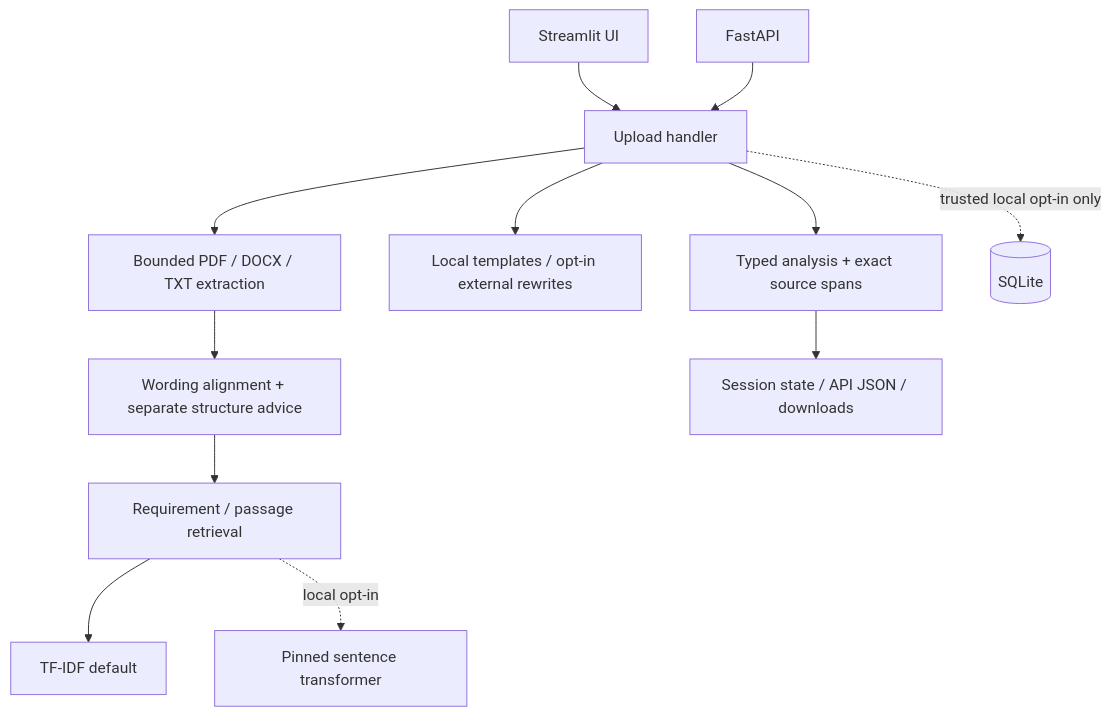
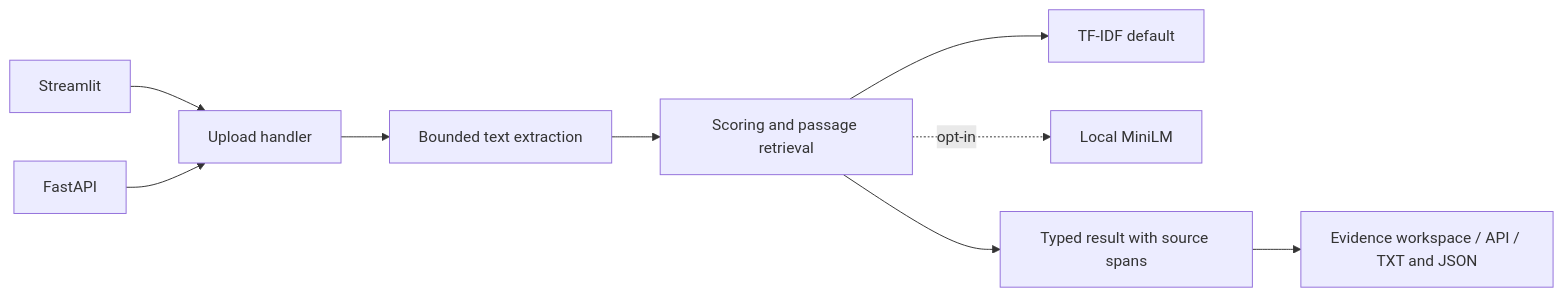
The diagram in README.md (TJA0308/jobfit-ai), drawn with Mermaid before and after one commit. The commit also changed other lines of this file, not shown here.

````diff
--- a/README.md
+++ b/README.md
@@ -140,14 +68,11 @@
 ```mermaid
-flowchart TD
-    UI[Streamlit UI] --> UP[Upload handler]
+flowchart LR
+    UI[Streamlit] --> UP[Upload handler]
     API[FastAPI] --> UP
-    UP --> PARSE[Bounded PDF / DOCX / TXT extraction]
-    PARSE --> SCORE[Wording alignment + separate structure advice]
-    SCORE --> EVIDENCE[Requirement / passage retrieval]
-    EVIDENCE --> LEX[TF-IDF default]
-    EVIDENCE -. local opt-in .-> DENSE[Pinned sentence transformer]
-    UP --> REWRITE[Local templates / opt-in external rewrites]
-    UP --> RESULT[Typed analysis + exact source spans]
-    RESULT --> SESSION[Session state / API JSON / downloads]
-    UP -. trusted local opt-in only .-> DB[(SQLite)]
+    UP --> PARSE[Bounded text extraction]
+    PARSE --> CORE[Scoring and passage retrieval]
+    CORE --> LEX[TF-IDF default]
+    CORE -. opt-in .-> DENSE[Local MiniLM]
+    CORE --> RESULT[Typed result with source spans]
+    RESULT --> OUT[Evidence workspace / API / TXT and JSON]
 ```
````
